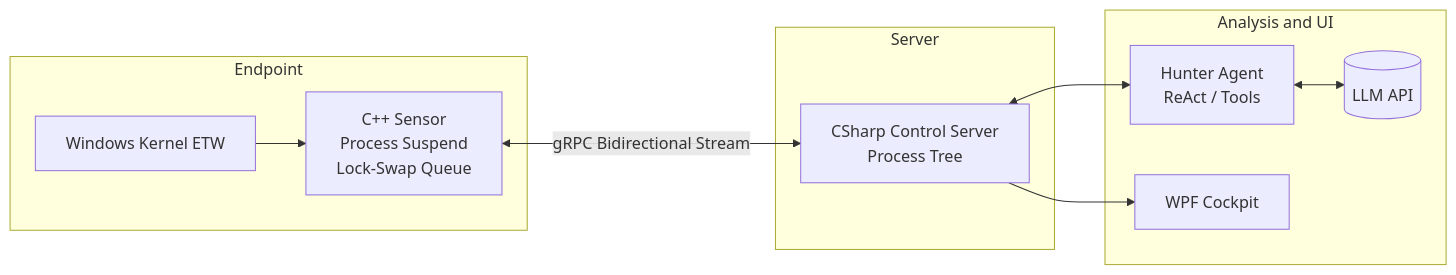
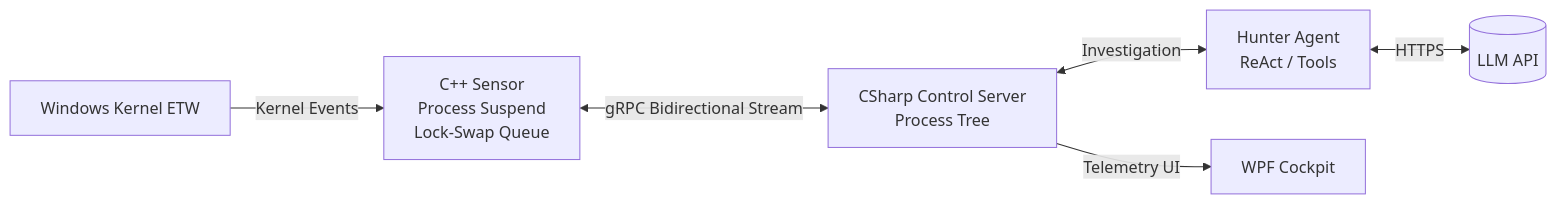
One commit to jin20203458/jin20203458 changed the first of 2 diagrams in README.md. Above: the diagram before and after it, drawn with Mermaid.

Commit message:
Revise flowchart in README for system architecture
Updated the flowchart to reflect changes in the architecture and connections between components.

````diff
--- a/README.md
+++ b/README.md
@@ -47,20 +47,8 @@
 ```mermaid
 flowchart LR
-    subgraph Endpoint["Endpoint"]
-        ETW["Windows Kernel ETW"] --> Sensor["C++ Sensor<br/>Process Suspend<br/>Lock-Swap Queue"]
-    end
-
-    subgraph Server_Tier["Server"]
-        ControlServer["CSharp Control Server<br/>Process Tree"]
-    end
-
-    subgraph Analysis_UI["Analysis and UI"]
-        Agent["Hunter Agent<br/>ReAct / Tools"]
-        Agent <--> LLM[("LLM API")]
-        UI["WPF Cockpit"]
-    end
-
-    Sensor <-->|"gRPC Bidirectional Stream"| ControlServer
-    ControlServer <--> Agent
-    ControlServer --> UI
+    ETW["Windows Kernel ETW"] -->|"Kernel Events"| Sensor["C++ Sensor<br/>Process Suspend<br/>Lock-Swap Queue"]
+    Sensor <-->|"gRPC Bidirectional Stream"| Server["CSharp Control Server<br/>Process Tree"]
+    Server <-->|"Investigation"| Agent["Hunter Agent<br/>ReAct / Tools"]
+    Agent <-->|"HTTPS"| LLM[("LLM API")]
+    Server -->|"Telemetry UI"| UI["WPF Cockpit"]
 ```
````
